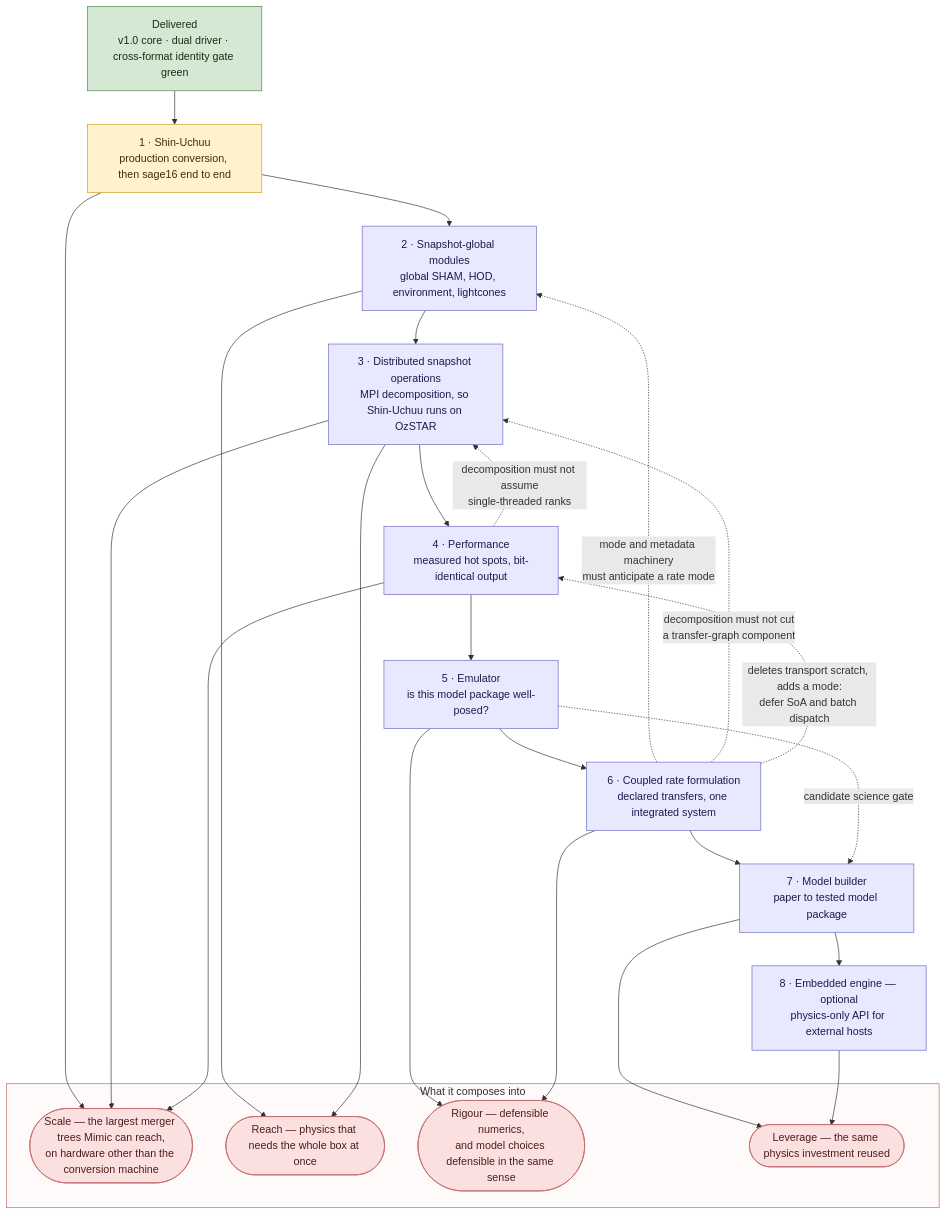
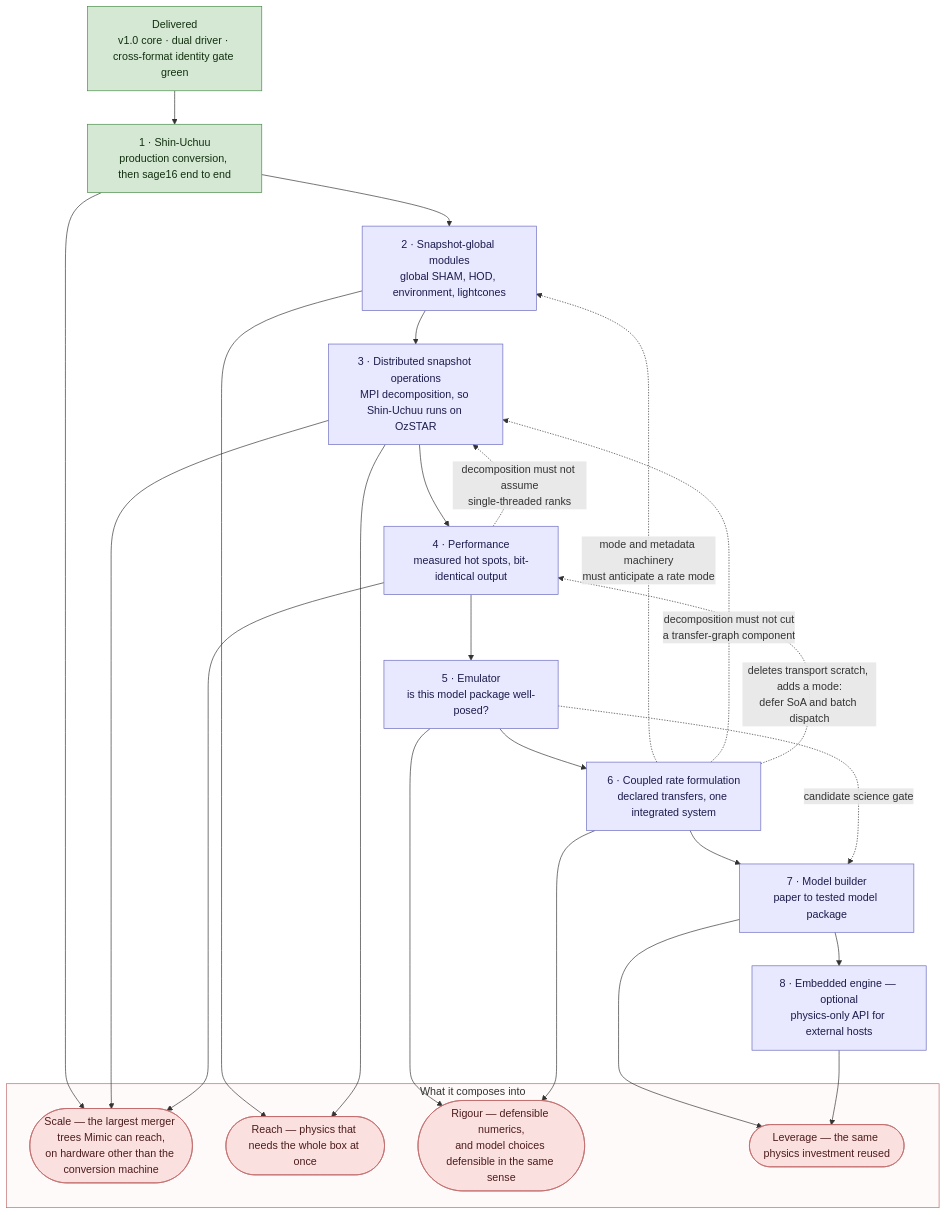
Before and after one commit to darrencroton/mimic: the diagram in docs/dev/MIMIC-DEVELOPMENT-PATHWAY.md, drawn with Mermaid. The commit also changed other lines of this file and 11 other files, not shown here.

````diff
--- a/docs/dev/MIMIC-DEVELOPMENT-PATHWAY.md
+++ b/docs/dev/MIMIC-DEVELOPMENT-PATHWAY.md
@@ -44,49 +30,49 @@
 ```mermaid
 flowchart TD
     DONE["Delivered<br/>v1.0 core · dual driver · cross-format identity gate green"]
 
     S1["1 · Shin-Uchuu<br/>production conversion, then sage16 end to end"]
     S2["2 · Snapshot-global modules<br/>global SHAM, HOD, environment, lightcones"]
     S3["3 · Distributed snapshot operations<br/>MPI decomposition, so Shin-Uchuu runs on OzSTAR"]
     S4["4 · Performance<br/>measured hot spots, bit-identical output"]
     S5["5 · Emulator<br/>is this model package well-posed?"]
     S6["6 · Coupled rate formulation<br/>declared transfers, one integrated system"]
     S7["7 · Model builder<br/>paper to tested model package"]
     S8["8 · Embedded engine — optional<br/>physics-only API for external hosts"]
 
     subgraph VALUE["What it composes into"]
         VSCALE(["Scale — the largest merger trees Mimic can reach,<br/>on hardware other than the conversion machine"])
         VREACH(["Reach — physics that needs the whole box at once"])
         VRIGOUR(["Rigour — defensible numerics,<br/>and model choices defensible in the same sense"])
         VLEVER(["Leverage — the same physics investment reused"])
     end
 
     DONE --> S1 --> S2 --> S3 --> S4 --> S5 --> S6 --> S7 --> S8
 
     S6 -.->|mode and metadata machinery<br/>must anticipate a rate mode| S2
     S6 -.->|decomposition must not cut<br/>a transfer-graph component| S3
     S6 -.->|deletes transport scratch, adds a mode:<br/>defer SoA and batch dispatch| S4
     S4 -.->|decomposition must not assume<br/>single-threaded ranks| S3
     S5 -.->|candidate science gate| S7
 
     S1 --> VSCALE
     S3 --> VSCALE
     S4 --> VSCALE
     S2 --> VREACH
     S3 --> VREACH
     S5 --> VRIGOUR
     S6 --> VRIGOUR
     S7 --> VLEVER
     S8 --> VLEVER
 
     classDef done fill:#d5e8d4,stroke:#478c47,color:#12300f
     classDef step fill:#e8e8ff,stroke:#6a6ac0,color:#1c1c4d
     classDef flight fill:#fff2cc,stroke:#c8a415,color:#3d3000
     classDef value fill:#fbe0e0,stroke:#c06a6a,color:#4d1c1c
     class DONE done
-    class S1 flight
+    class S1 done
     class S2,S3,S4,S5,S6,S7,S8 step
     class VSCALE,VREACH,VRIGOUR,VLEVER value
 
     style VALUE fill:#fffafa,stroke:#c06a6a
 ```
````
